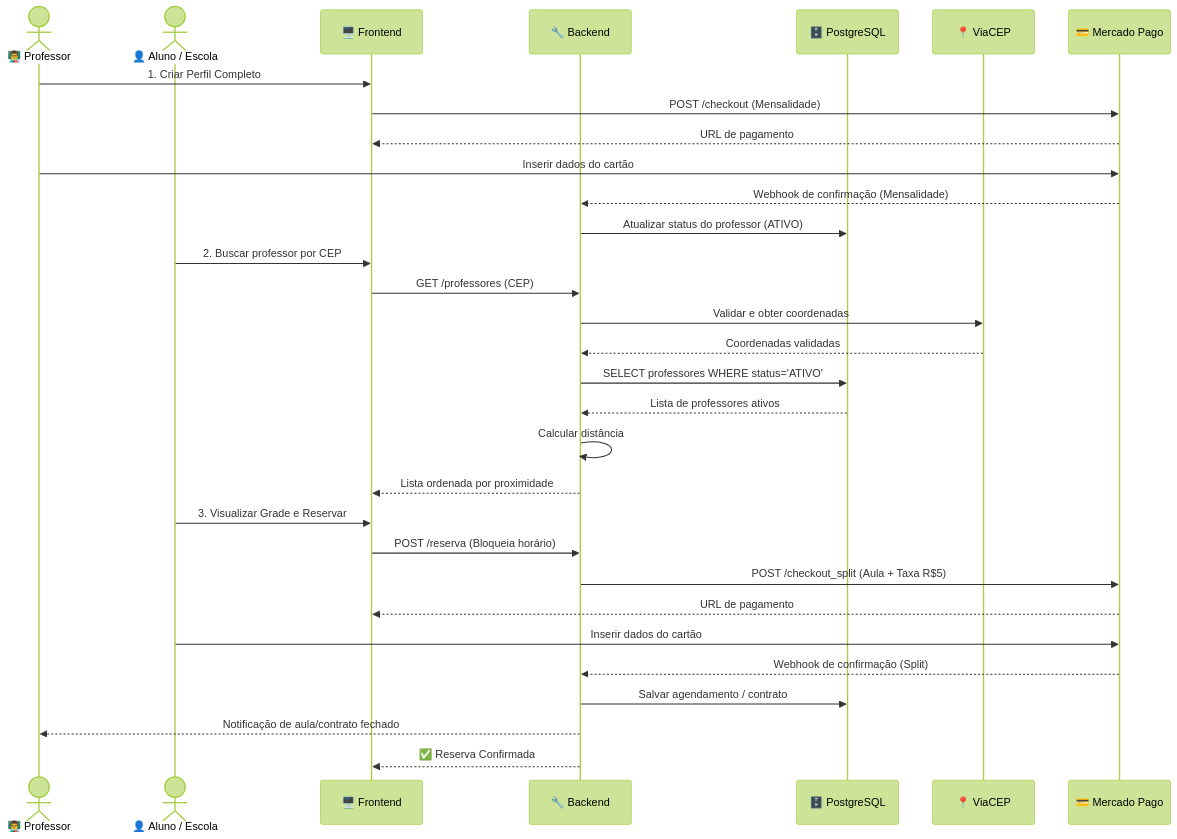
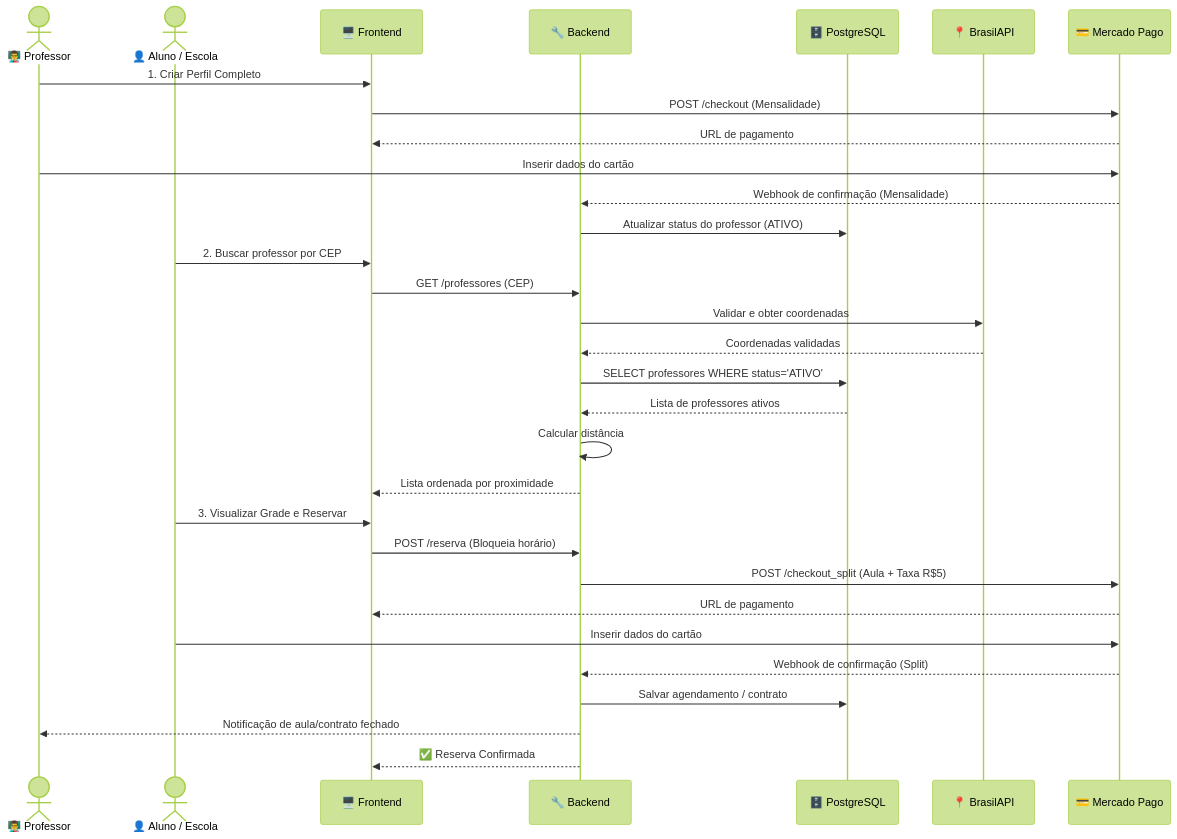
The eighth of 10 diagrams in BPMN_DIAGRAM.md (VictorHCSampaio/ConectaPro), drawn with Mermaid (forest theme) before and after one commit. The commit also changed other lines of this file, not shown here.

Commit message:
Atualizar todas as referências de ViaCEP para BrasilAPI no diagrama BPMN

````diff
--- a/BPMN_DIAGRAM.md
+++ b/BPMN_DIAGRAM.md
@@ -359,39 +359,39 @@
 ```mermaid
 sequenceDiagram
     actor Teacher as 👨‍🏫 Professor
     actor Client as 👤 Aluno / Escola
     participant Frontend as 🖥️ Frontend
     participant Backend as 🔧 Backend
     participant Database as 🗄️ PostgreSQL
-    participant ViaCEP as 📍 ViaCEP
+    participant BrasilAPI as 📍 BrasilAPI
     participant MercadoPago as 💳 Mercado Pago
 
     %% Fluxo 1: Assinatura do Professor
     Teacher->>Frontend: 1. Criar Perfil Completo
     Frontend->>MercadoPago: POST /checkout (Mensalidade)
     MercadoPago-->>Frontend: URL de pagamento
     Teacher->>MercadoPago: Inserir dados do cartão
     MercadoPago-->>Backend: Webhook de confirmação (Mensalidade)
     Backend->>Database: Atualizar status do professor (ATIVO)
 
     %% Fluxo 2: Busca e Validação
     Client->>Frontend: 2. Buscar professor por CEP
     Frontend->>Backend: GET /professores (CEP)
-    Backend->>ViaCEP: Validar e obter coordenadas
-    ViaCEP-->>Backend: Coordenadas validadas
+    Backend->>BrasilAPI: Validar e obter coordenadas
+    BrasilAPI-->>Backend: Coordenadas validadas
     Backend->>Database: SELECT professores WHERE status='ATIVO'
     Database-->>Backend: Lista de professores ativos
     Backend->>Backend: Calcular distância
     Backend-->>Frontend: Lista ordenada por proximidade
 
     %% Fluxo 3: Reserva e Pagamento (Split)
     Client->>Frontend: 3. Visualizar Grade e Reservar
     Frontend->>Backend: POST /reserva (Bloqueia horário)
     Backend->>MercadoPago: POST /checkout_split (Aula + Taxa R$5)
     MercadoPago-->>Frontend: URL de pagamento
     Client->>MercadoPago: Inserir dados do cartão
     MercadoPago-->>Backend: Webhook de confirmação (Split)
     Backend->>Database: Salvar agendamento / contrato
     Backend-->>Teacher: Notificação de aula/contrato fechado
     Backend-->>Frontend: ✅ Reserva Confirmada
 ```
````
